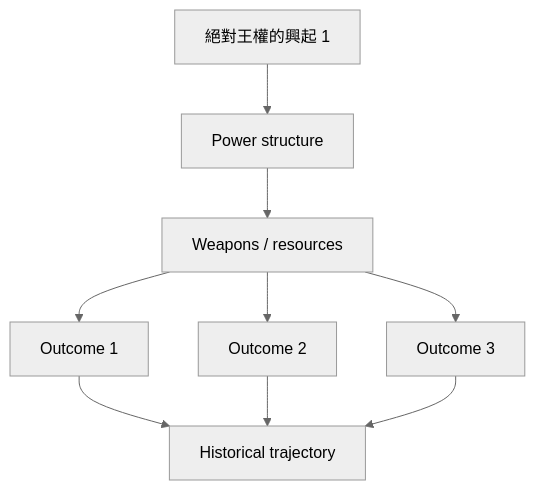
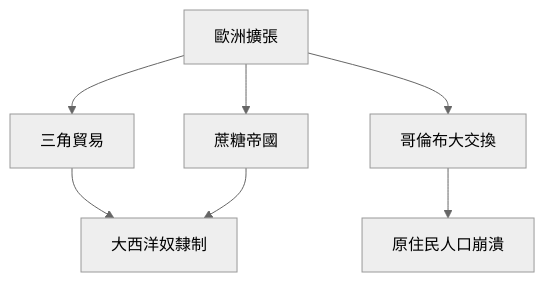
The third of 10 diagrams in 02_Harvard_Courses/Fall_Courses/Hist55_Early_Modern_Europe.md (yip-lgtm/HKU-Harvard-History-Self-Study), drawn with Mermaid (neutral theme) before and after one commit. The commit also changed other lines of this file and 65 other files, not shown here.

````diff
--- a/02_Harvard_Courses/Fall_Courses/Hist55_Early_Modern_Europe.md
+++ b/02_Harvard_Courses/Fall_Courses/Hist55_Early_Modern_Europe.md
@@ -185,11 +139,9 @@
 ```mermaid
 graph TD
-    A[絕對王權的興起 1] --> B[Power structure]
-    B --> C[Weapons / resources]
-    C --> D[Outcome 1]
-    C --> E[Outcome 2]
-    C --> F[Outcome 3]
-    D --> G[Historical trajectory]
-    E --> G
-    F --> G
+    A[歐洲擴張] --> B[三角貿易]
+    A --> C[哥倫布大交換]
+    A --> D[蔗糖帝國]
+    B --> E[大西洋奴隸制]
+    C --> F[原住民人口崩潰]
+    D --> E
 ```
````
